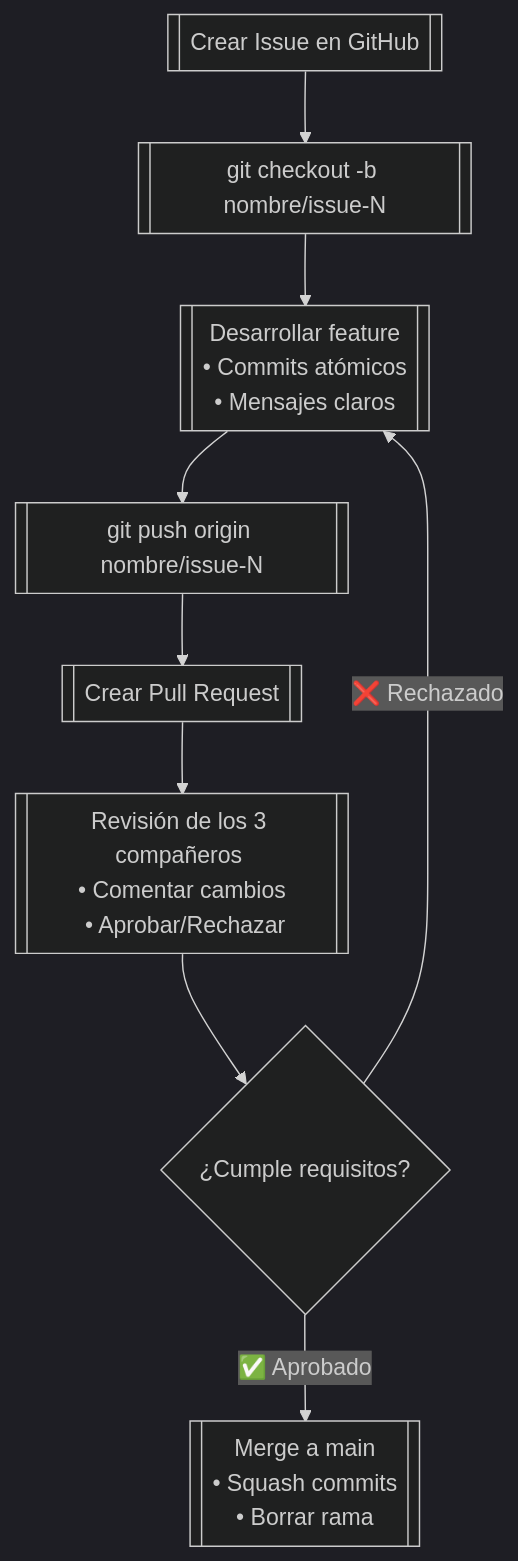
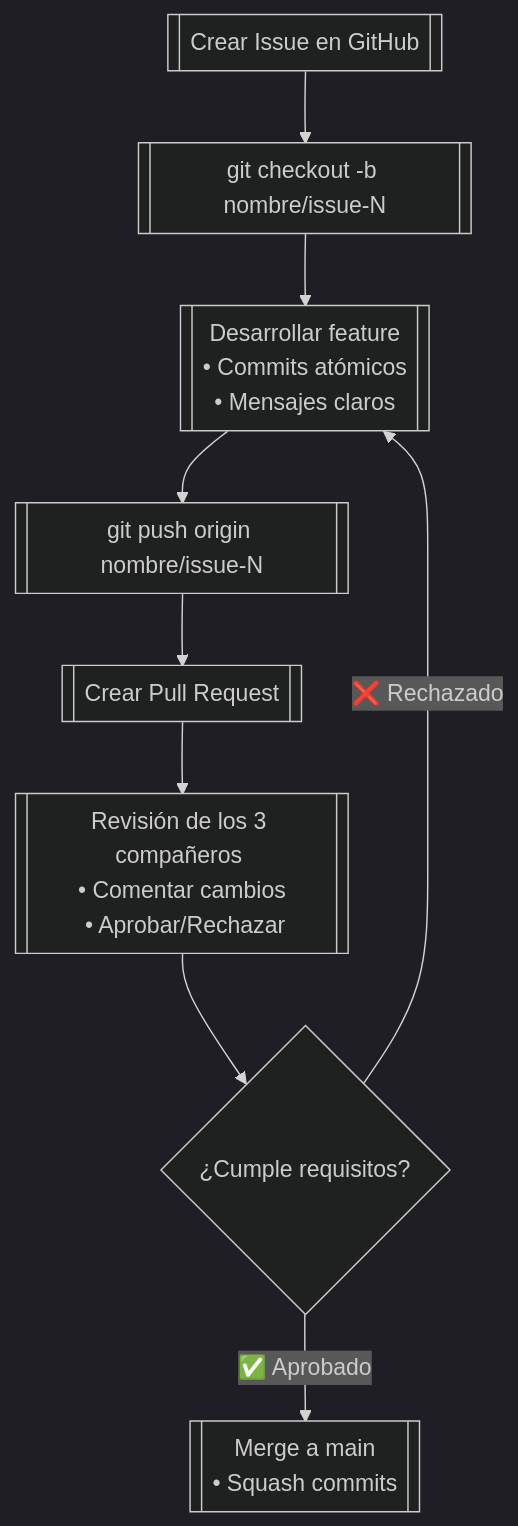
The second of 2 diagrams in branchPolicy.md (AAGG22/taller_golang), drawn with Mermaid (dark theme) before and after one commit. The commit also changed other lines of this file, not shown here.

````diff
--- a/branchPolicy.md
+++ b/branchPolicy.md
@@ -31,11 +31,11 @@
 ```mermaid 
 flowchart TD
     A[["Crear Issue en GitHub"]] --> B[["git checkout -b nombre/issue-N"]]
     B --> C[["Desarrollar feature <br/> • Commits atómicos <br/> • Mensajes claros"]]
     C --> D[["git push origin nombre/issue-N"]]
     D --> E[["Crear Pull Request"]]
     E --> F[["Revisión de los 3 compañeros <br/> • Comentar cambios <br/> • Aprobar/Rechazar"]]
     F --> G{¿Cumple requisitos?}
-    G -->|✅ Aprobado| H[["Merge a main <br/> • Squash commits <br/> • Borrar rama"]]
+    G -->|✅ Aprobado| H[["Merge a main <br/> • Squash commits "]]
     G -->|❌ Rechazado| C
 ```
````
